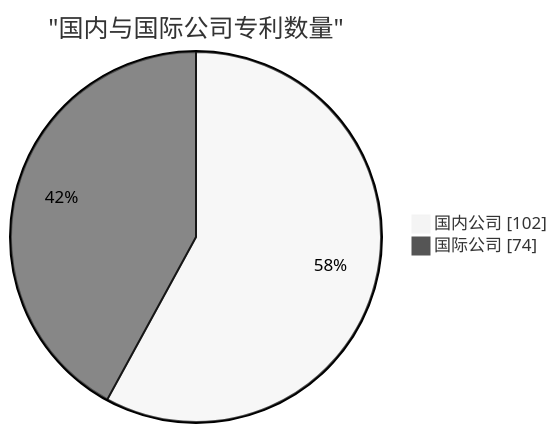
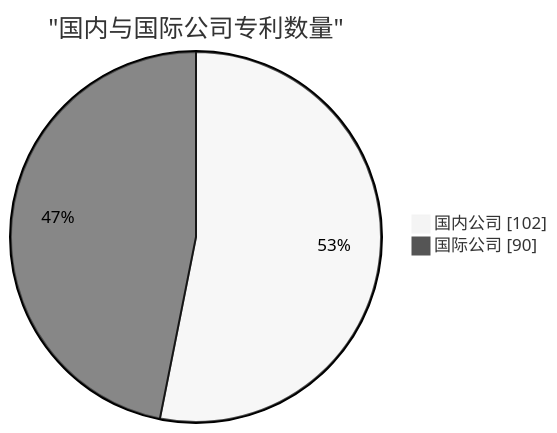
One commit to LinuxSuRen/awesome-patent changed the third of 3 diagrams in README.md. Above: the diagram before and after it, drawn with Mermaid (neutral theme). The commit also changed other lines of this file and 16 other files, not shown here.

````diff
--- a/README.md
+++ b/README.md
@@ -224,6 +240,6 @@
 ```mermaid
 pie showData
     title "国内与国际公司专利数量"
     "国内公司" : 102
-    "国际公司" : 74
+    "国际公司" : 90
 ```
````
